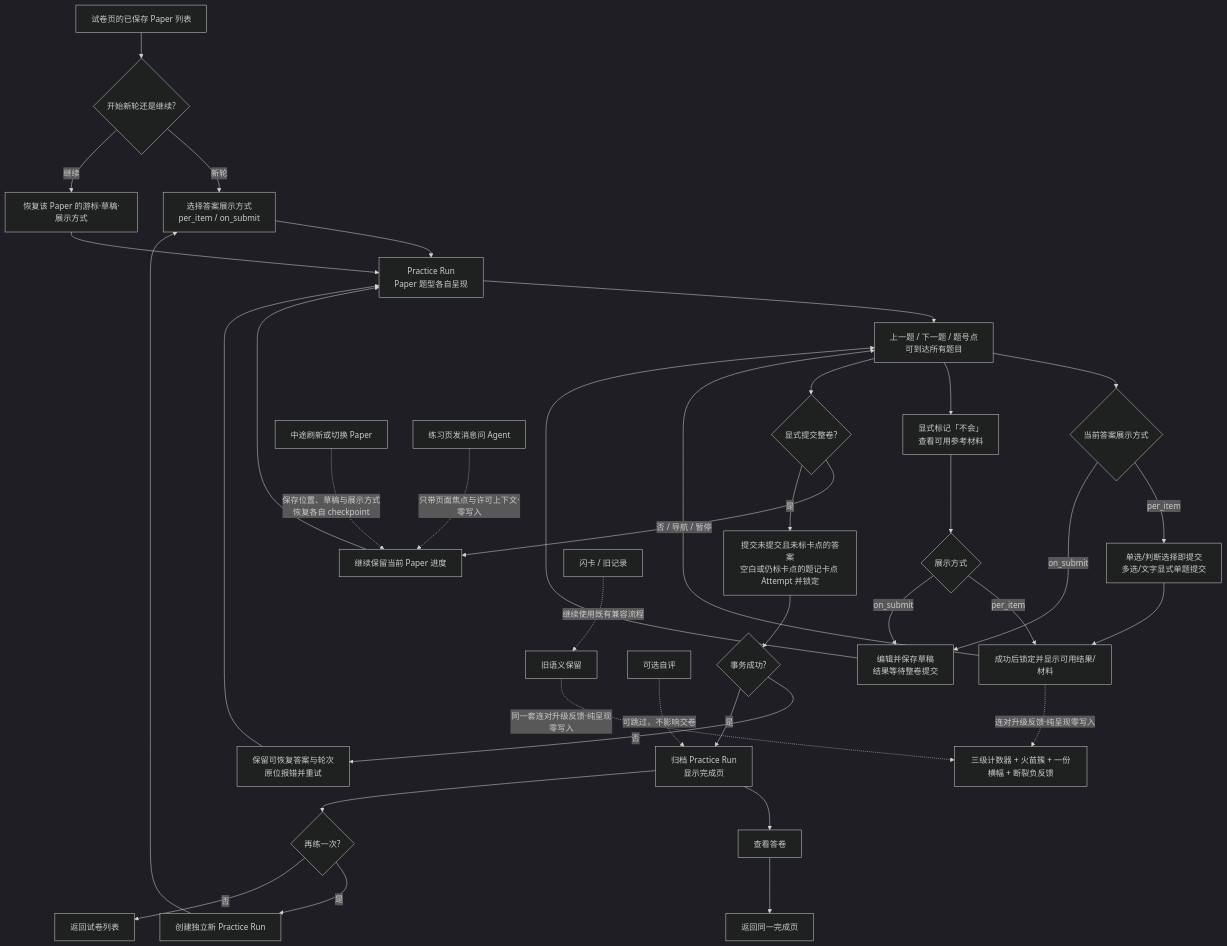
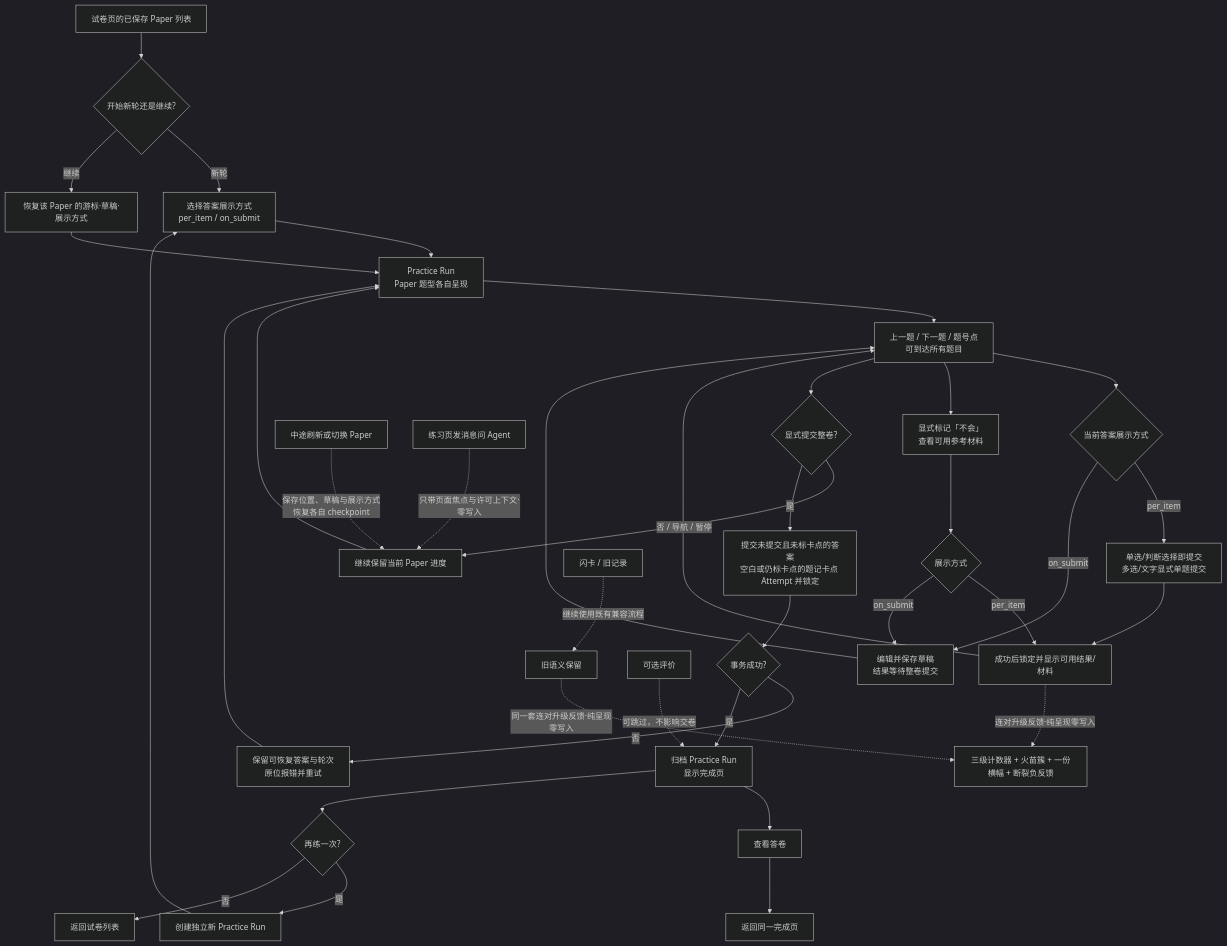
Before and after one commit to Amazinnn/Lesson-Kit: the first of 12 diagrams in docs/action-graph/L4-workflows.md, drawn with Mermaid (dark theme). The commit also changed other lines of this file and 40 other files, not shown here.

````diff
--- a/docs/action-graph/L4-workflows.md
+++ b/docs/action-graph/L4-workflows.md
@@ -8,35 +8,35 @@
 ```mermaid
 flowchart TD
   A[试卷页的已保存 Paper 列表] --> B{开始新轮还是继续?}
   B -- 新轮 --> C[选择答案展示方式<br/>per_item / on_submit]
   B -- 继续 --> D[恢复该 Paper 的游标·草稿·展示方式]
   C & D --> E[Practice Run<br/>Paper 题型各自呈现]
   E --> F[上一题 / 下一题 / 题号点<br/>可到达所有题目]
   F --> G{当前答案展示方式}
   G -- per_item --> H[单选/判断选择即提交<br/>多选/文字显式单题提交]
   H --> I[成功后锁定并显示可用结果/材料]
   G -- on_submit --> J[编辑并保存草稿<br/>结果等待整卷提交]
   F --> K[显式标记「不会」<br/>查看可用参考材料]
   K --> L{展示方式}
   L -- per_item --> I
   L -- on_submit --> J
   I & J --> F
   F --> M{显式提交整卷?}
   M -- 否 / 导航 / 暂停 --> Z[继续保留当前 Paper 进度]
   Z --> E
   M -- 是 --> N[提交未提交且未标卡点的答案<br/>空白或仍标卡点的题记卡点 Attempt 并锁定]
   N --> O{事务成功?}
   O -- 否 --> P[保留可恢复答案与轮次<br/>原位报错并重试] --> E
   O -- 是 --> Q[归档 Practice Run<br/>显示完成页]
   Q --> R[查看答卷]
   R --> S[返回同一完成页]
   Q --> T{再练一次?}
   T -- 是 --> U[创建独立新 Practice Run] --> C
   T -- 否 --> V[返回试卷列表]
-  W[可选自评] -.可跳过，不影响交卷.-> Q
+  W[可选评价] -.可跳过，不影响交卷.-> Q
   X1[中途刷新或切换 Paper] -.保存位置、草稿与展示方式<br/>恢复各自 checkpoint.-> Z
   X2[闪卡 / 旧记录] -.继续使用既有兼容流程.-> LEGACY[旧语义保留]
   LEGACY -.同一套连对升级反馈·纯呈现零写入.-> STREAK[三级计数器 + 火苗簇 + 一份横幅 + 断裂负反馈]
   I[成功后锁定并显示可用结果/材料] -.连对升级反馈·纯呈现零写入.-> STREAK
   X3[练习页发消息问 Agent] -.只带页面焦点与许可上下文·零写入.-> Z
 ```
````
